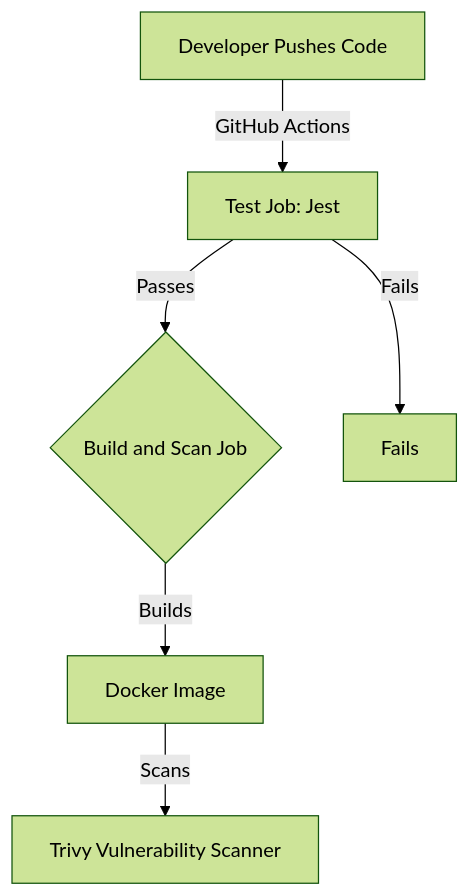
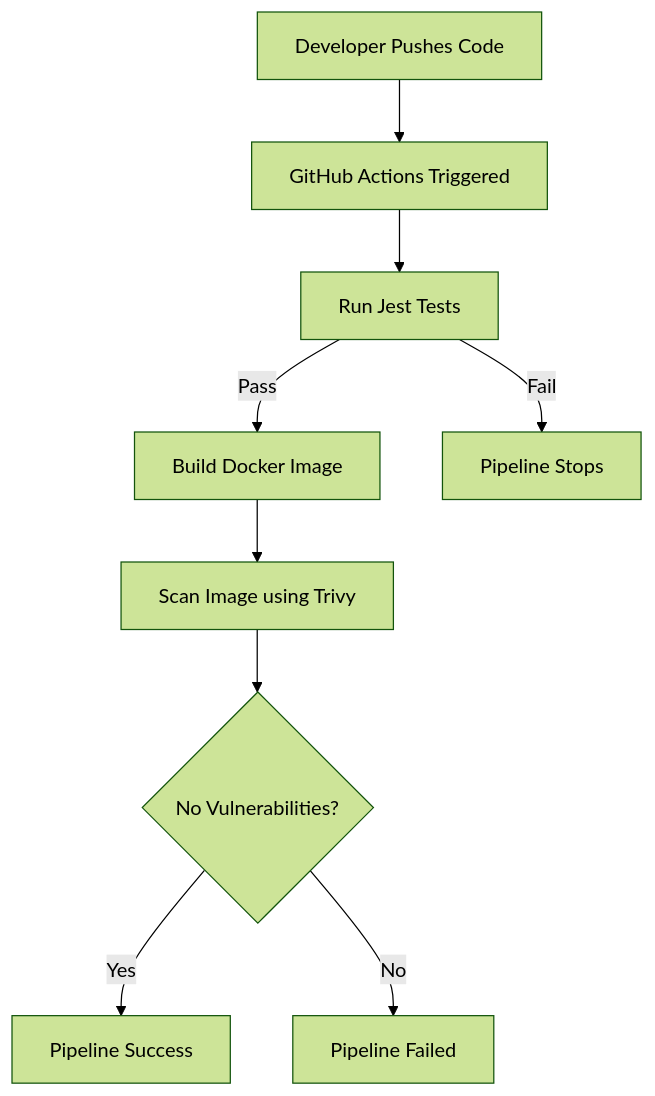
One commit to Shubhamsah27/remote-browser-control changed the diagram in README.md. Above: the diagram before and after it, drawn with Mermaid (forest theme).

Commit message:
Update Mermaid CI/CD pipeline diagram

````diff
--- a/README.md
+++ b/README.md
@@ -68,8 +68,11 @@
 ```mermaid
 graph TD
-    A[Developer Pushes Code] -->|GitHub Actions| B[Test Job: Jest]
-    B -- Passes --> C{Build and Scan Job}
-    B -- Fails --> D[Fails]
-    C -- Builds --> E[Docker Image]
-    E -- Scans --> F[Trivy Vulnerability Scanner]
+    A[Developer Pushes Code] --> B[GitHub Actions Triggered]
+    B --> C[Run Jest Tests]
+    C -- Pass --> D[Build Docker Image]
+    C -- Fail --> E[Pipeline Stops]
+    D --> F[Scan Image using Trivy]
+    F --> G{No Vulnerabilities?}
+    G -- Yes --> H[Pipeline Success]
+    G -- No --> I[Pipeline Failed]
 ```
````
